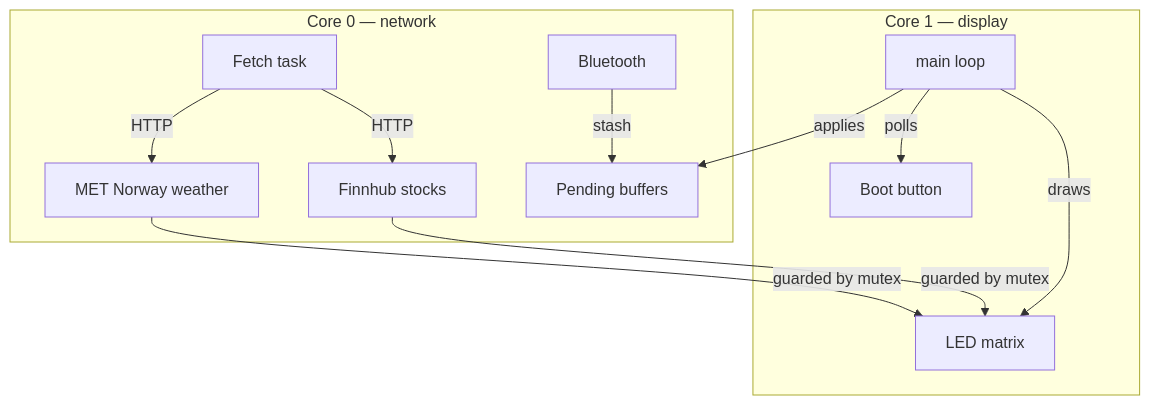
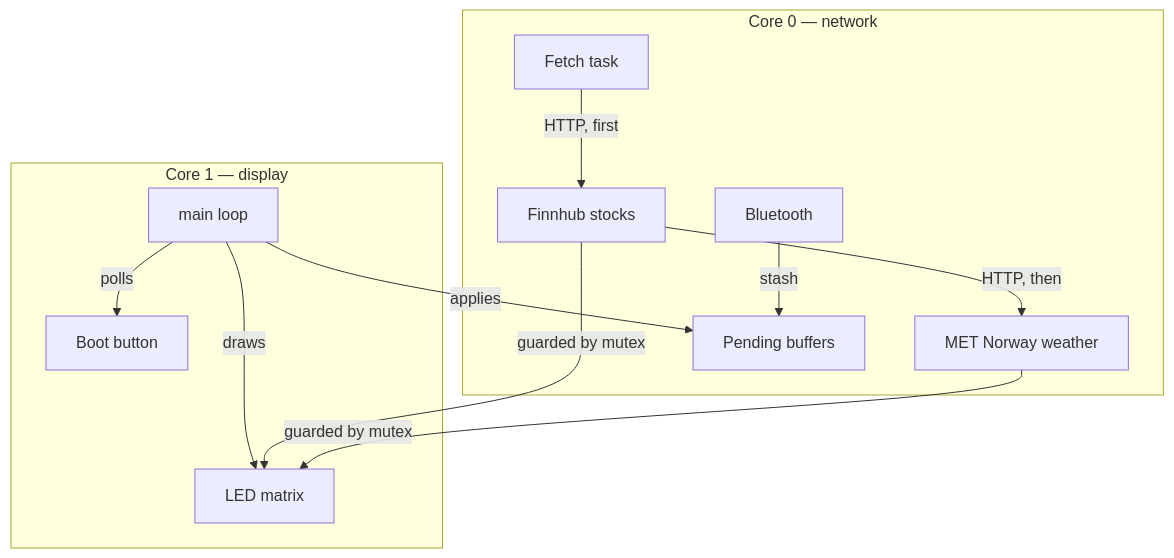
One commit to jagluck/led-ticker changed the first of 2 diagrams in firmware/FIRMWARE_GUIDE.md. Above: the diagram before and after it, drawn with Mermaid.

Commit message:
docs(firmware): fix fetch diagram to show stocks/weather are sequential

````diff
--- a/firmware/FIRMWARE_GUIDE.md
+++ b/firmware/FIRMWARE_GUIDE.md
@@ -23,14 +23,14 @@
 ```mermaid
 graph TD
     subgraph Core0 ["Core 0 — network"]
-        A[Fetch task] -->|HTTP| B1[Finnhub stocks]
-        A -->|HTTP| B2[MET Norway weather]
+        A[Fetch task] -->|HTTP, first| B1[Finnhub stocks]
+        B1 -->|HTTP, then| B2[MET Norway weather]
         BLE[Bluetooth] -->|stash| Pend[Pending buffers]
     end
     subgraph Core1 ["Core 1 — display"]
         Loop[main loop] -->|applies| Pend
         Loop -->|draws| Disp[LED matrix]
         Loop -->|polls| Btn[Boot button]
     end
     B1 & B2 -->|guarded by mutex| Disp
 ```
````
